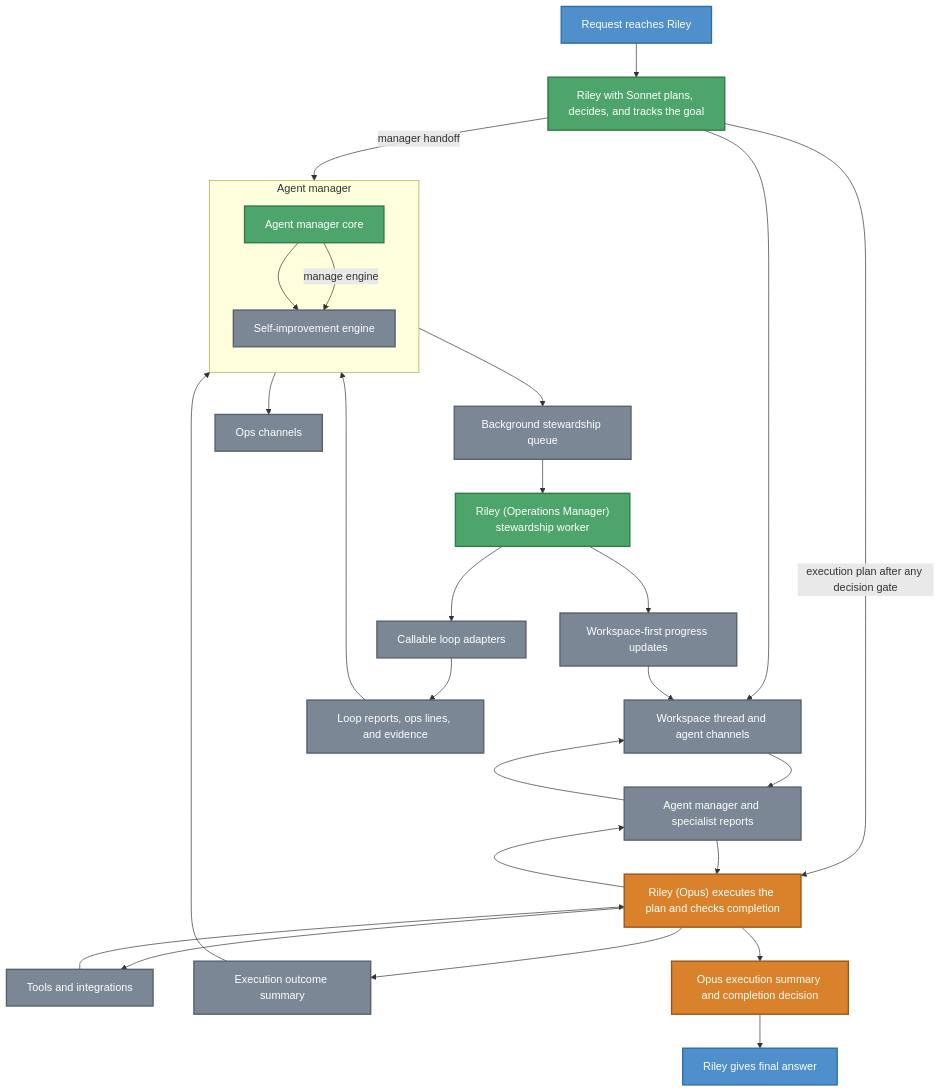
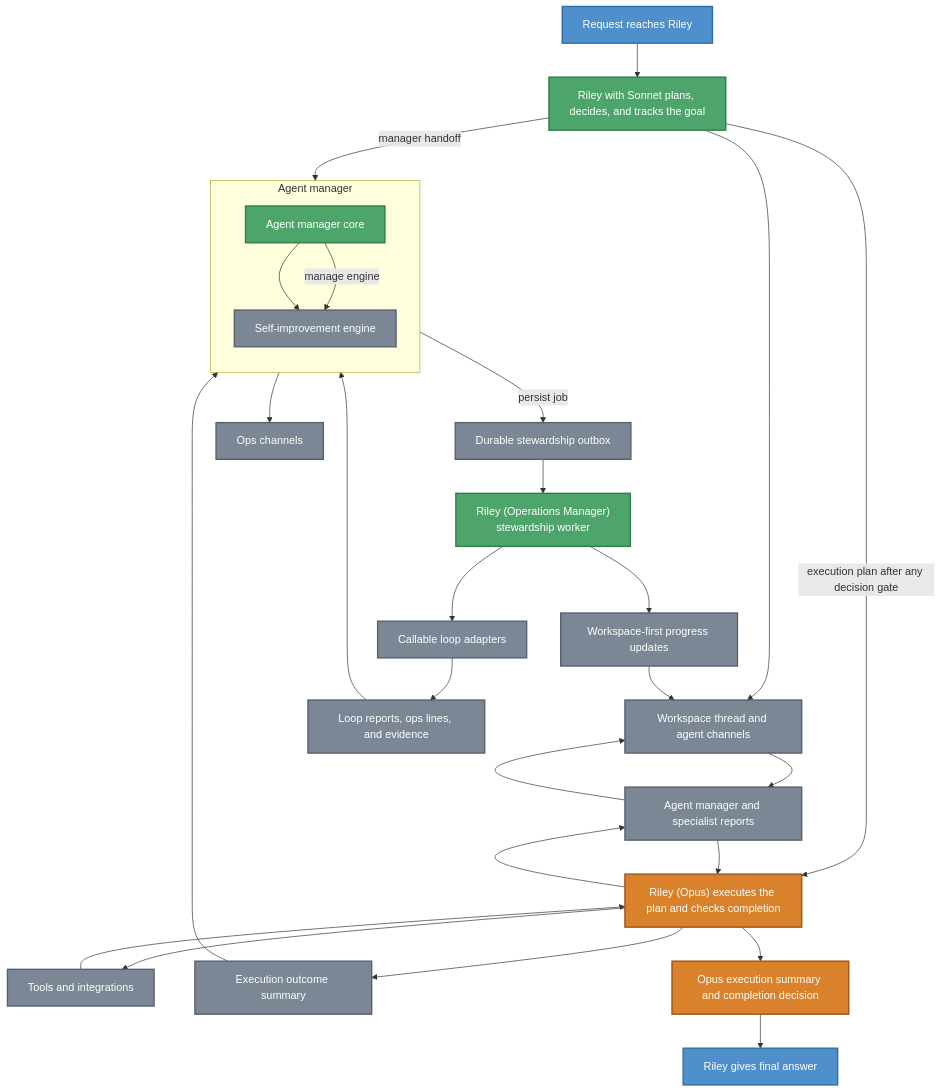
The third of 4 diagrams in .github/ARCHITECTURE.md (jflessenkemper/ASAP-discord), drawn with Mermaid before and after one commit. The commit also changed other lines of this file and 9 other files, not shown here.

Commit message:
Persist self-improvement stewardship jobs

````diff
--- a/.github/ARCHITECTURE.md
+++ b/.github/ARCHITECTURE.md
@@ -193,54 +193,54 @@
 ```mermaid
 flowchart TB
     Request[Request reaches Riley]
     Riley[Riley with Sonnet plans, decides, and tracks the goal]
     Workspace[Workspace thread and agent channels]
     Opus["Riley (Opus) executes the plan and checks completion"]
     Specialists[Agent manager and specialist reports]
     Tools[Tools and integrations]
     ExecutionOutcome[Execution outcome summary]
-    StewardQueue[Background stewardship queue]
+    StewardQueue[Durable stewardship outbox]
     OpsSteward["Riley (Operations Manager)\nstewardship worker"]
     LoopAdapters[Callable loop adapters]
     LoopReports[Loop reports, ops lines, and evidence]
     OpsChannels[Ops channels]
     WorkspaceUpdates[Workspace-first progress updates]
     OpusReturn["Opus execution summary and completion decision"]
     FinalAnswer[Riley gives final answer]
 
     subgraph AgentManager[Agent manager]
         direction TB
         AgentManagerCore[Agent manager core]
         SelfImproveEngine[Self-improvement engine]
         AgentManagerCore --> SelfImproveEngine
     end
 
     Request --> Riley
     Riley --> Workspace
     Riley -->|execution plan after any decision gate| Opus
     Riley -->|manager handoff| AgentManager
     Opus --> Specialists
     Specialists --> Workspace
     Workspace --> Specialists
     Specialists --> Opus
     Opus --> Tools --> Opus
     Opus --> ExecutionOutcome --> AgentManagerCore
     AgentManagerCore -->|manage engine| SelfImproveEngine
-    SelfImproveEngine --> StewardQueue --> OpsSteward
+    SelfImproveEngine -->|persist job| StewardQueue --> OpsSteward
     OpsSteward --> LoopAdapters --> LoopReports --> SelfImproveEngine
     SelfImproveEngine --> OpsChannels
     OpsSteward --> WorkspaceUpdates --> Workspace
     Opus --> OpusReturn
     OpusReturn --> FinalAnswer
 
     classDef user fill:#4f8fcb,stroke:#2f6ea3,color:#ffffff,stroke-width:2px;
     classDef riley fill:#4ea56b,stroke:#2f7a49,color:#ffffff,stroke-width:2px;
     classDef opus fill:#d9822b,stroke:#9a5416,color:#ffffff,stroke-width:2px;
     classDef surface fill:#7b8794,stroke:#56616d,color:#ffffff,stroke-width:2px;
 
     class Request,FinalAnswer user;
     class Riley,AgentManagerCore riley;
     class Opus,OpusReturn opus;
     class Workspace,Specialists,Tools,SelfImproveEngine,ExecutionOutcome,StewardQueue,LoopAdapters,LoopReports,OpsChannels,WorkspaceUpdates surface;
     class OpsSteward riley;
 ```
````
